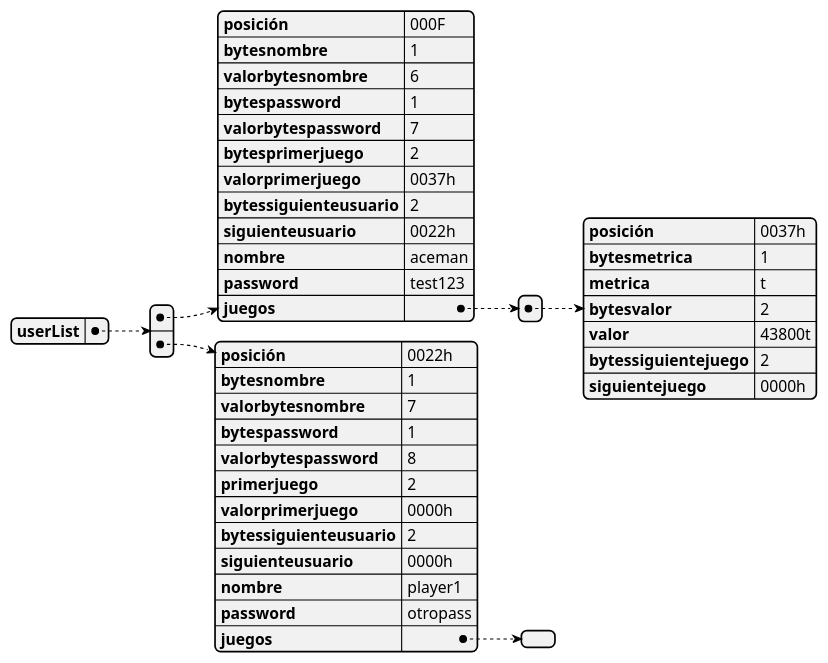
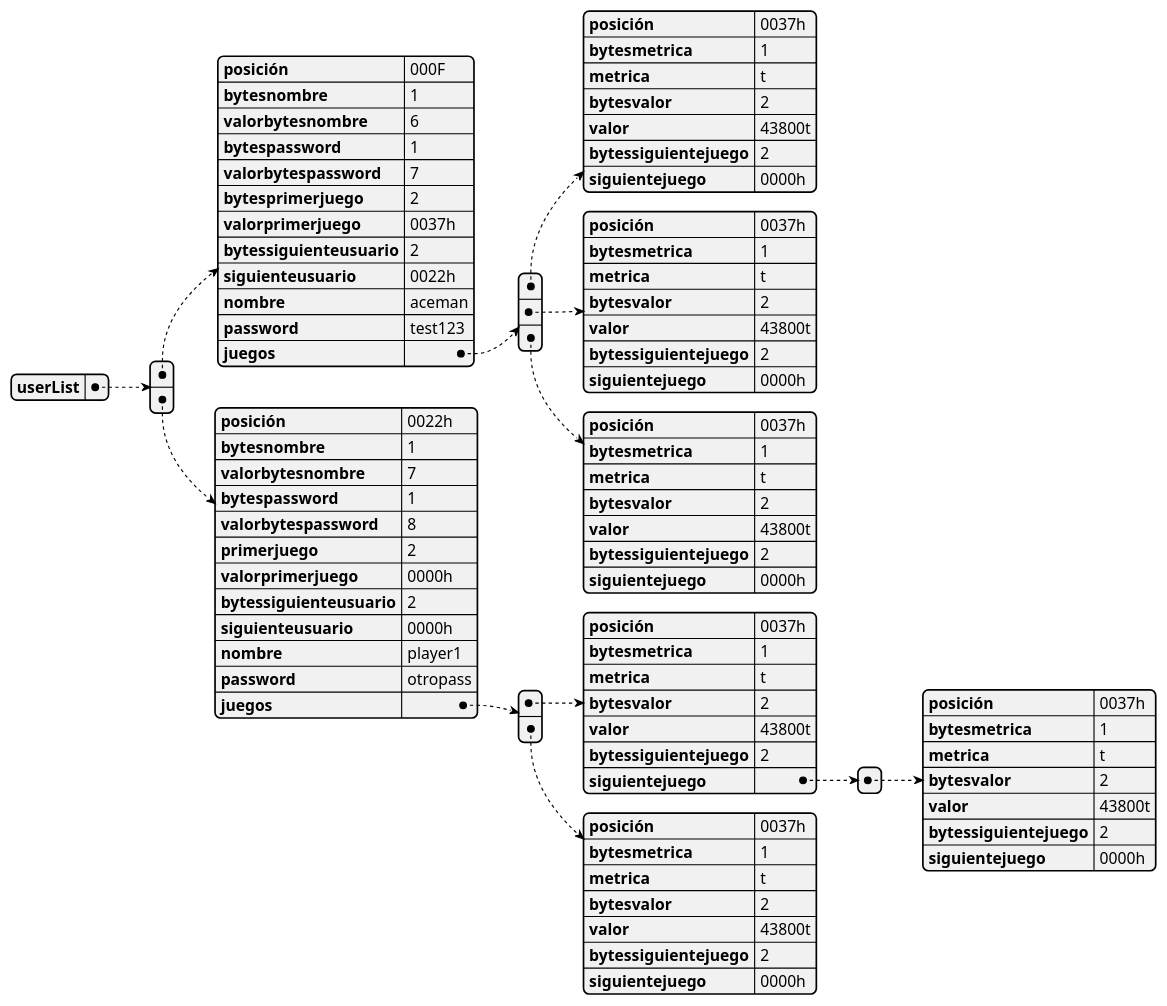
The diagram in docs/uml/uml.plantuml (danielcuque/ACE1-PROYECTO2), drawn with PlantUML before and after one commit. The commit also changed 3 other files, not shown here.

```diff
--- a/docs/uml/uml.plantuml
+++ b/docs/uml/uml.plantuml
@@ -2,41 +2,88 @@
 @startjson
 {
   "userList": [
     {
       "posición": "000F",
       "bytesnombre": 1,
       "valorbytesnombre": 6,
       "bytespassword": 1,
       "valorbytespassword": 7,
       "bytesprimerjuego": 2,
       "valorprimerjuego": "0037h",
       "bytessiguienteusuario": 2,
       "siguienteusuario": "0022h",
       "nombre" : "aceman",
       "password" : "test123",
       "juegos":[
         {
           "posición":"0037h",
           "bytesmetrica": 1,
           "metrica": "t",
           "bytesvalor": 2,
           "valor": "43800t",
           "bytessiguientejuego": 2,
           "siguientejuego": "0000h"
-} ]
+},
+        {
+          "posición":"0037h",
+          "bytesmetrica": 1,
+          "metrica": "t",
+          "bytesvalor": 2,
+          "valor": "43800t",
+          "bytessiguientejuego": 2,
+          "siguientejuego": "0000h"
+},
+        {
+          "posición":"0037h",
+          "bytesmetrica": 1,
+          "metrica": "t",
+          "bytesvalor": 2,
+          "valor": "43800t",
+          "bytessiguientejuego": 2,
+          "siguientejuego": "0000h"
+}
+]
 }, {
       "posición": "0022h",
       "bytesnombre": 1,
       "valorbytesnombre": 7,
       "bytespassword": 1,
       "valorbytespassword": 8,
       "primerjuego": 2,
       "valorprimerjuego": "0000h",
       "bytessiguienteusuario": 2,
       "siguienteusuario": "0000h",
       "nombre" : "player1",
       "password" : "otropass",
       "juegos":[
+        {
+          "posición":"0037h",
+          "bytesmetrica": 1,
+          "metrica": "t",
+          "bytesvalor": 2,
+          "valor": "43800t",
+          "bytessiguientejuego": 2,
+          "siguientejuego": [
+            {
+          "posición":"0037h",
+          "bytesmetrica": 1,
+          "metrica": "t",
+          "bytesvalor": 2,
+          "valor": "43800t",
+          "bytessiguientejuego": 2,
+          "siguientejuego": "0000h"
+}
+          ]
+},
+{
+          "posición":"0037h",
+          "bytesmetrica": 1,
+          "metrica": "t",
+          "bytesvalor": 2,
+          "valor": "43800t",
+          "bytessiguientejuego": 2,
+          "siguientejuego": "0000h"
+}
 ] }
 ] }
 @endjson
```
